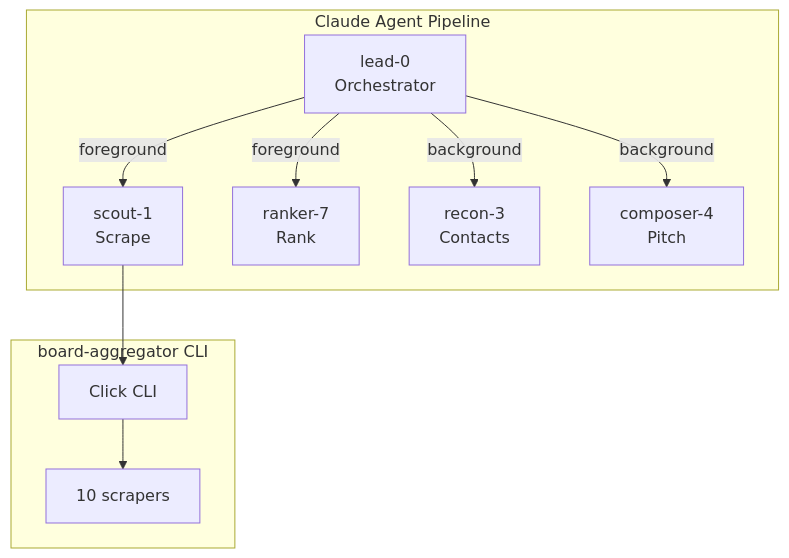
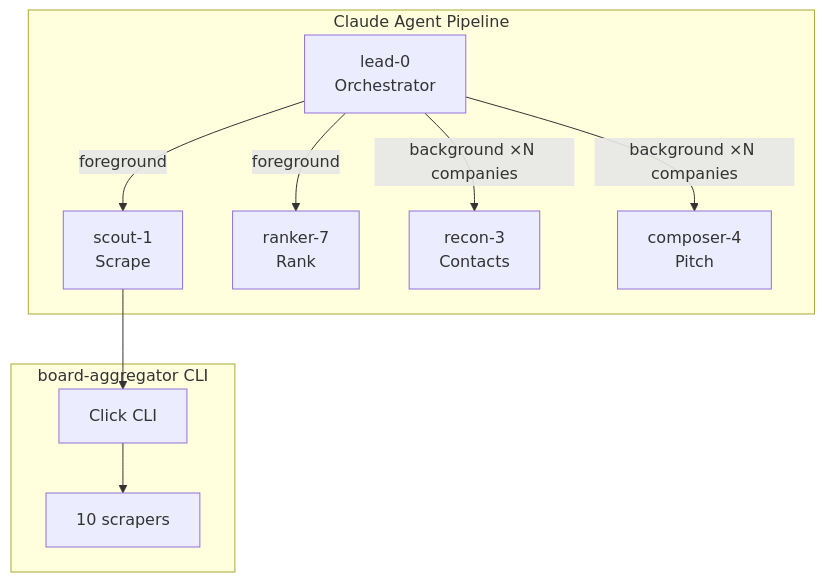
Before and after one commit to 0xquinto/agent-job-research: the diagram in README.md, drawn with Mermaid. The commit also changed other lines of this file and 2 other files, not shown here.

````diff
--- a/README.md
+++ b/README.md
@@ -60,22 +68,22 @@
 ```mermaid
 graph TB
     subgraph Pipeline["Claude Agent Pipeline"]
         Lead[lead-0<br/>Orchestrator]
         Scout[scout-1<br/>Scrape]
         Ranker[ranker-7<br/>Rank]
         Recon[recon-3<br/>Contacts]
         Composer[composer-4<br/>Pitch]
     end
 
     subgraph Scraper["board-aggregator CLI"]
         CLI[Click CLI]
         Scrapers["10 scrapers"]
     end
 
     Lead -->|foreground| Scout
     Lead -->|foreground| Ranker
-    Lead -->|background| Recon
-    Lead -->|background| Composer
+    Lead -->|"background ×N companies"| Recon
+    Lead -->|"background ×N companies"| Composer
     Scout --> CLI
     CLI --> Scrapers
 ```
````
